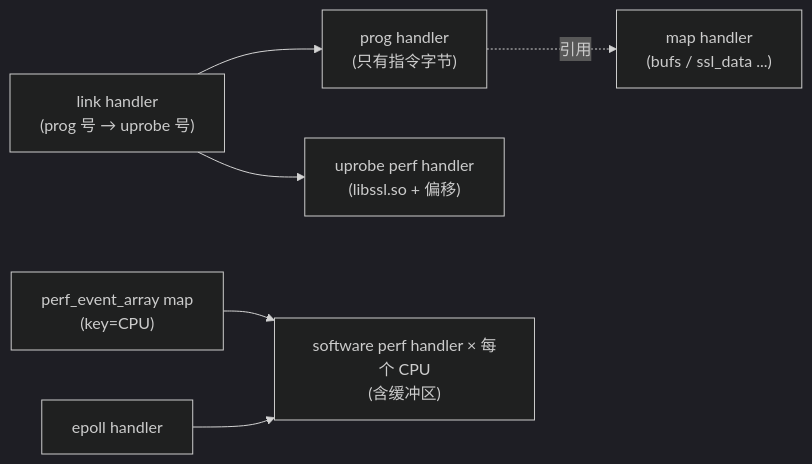
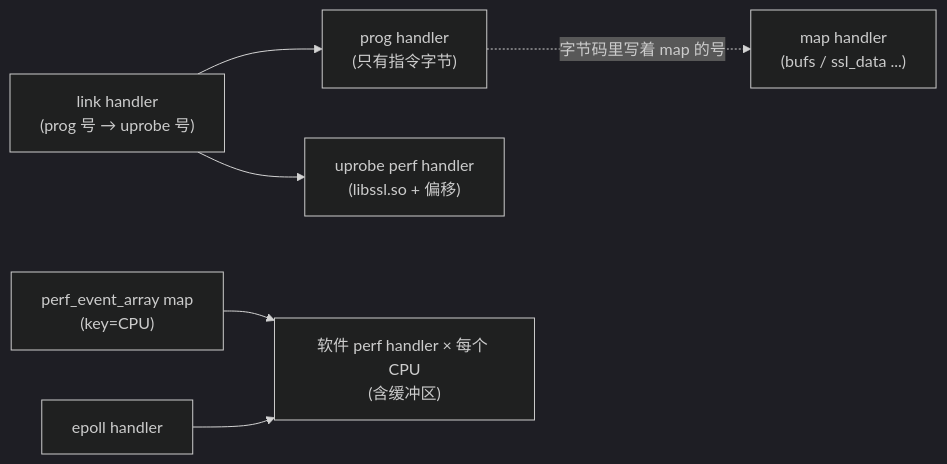
The second of 4 diagrams in 01-lifecycle.md (plsy1/bpftime-benchmark), drawn with Mermaid (dark theme) before and after one commit. The commit also changed other lines of this file and 40 other files, not shown here.

````diff
--- a/01-lifecycle.md
+++ b/01-lifecycle.md
@@ -65,15 +74,15 @@
 ```mermaid
 graph LR
     MAP["map handler<br/>(bufs / ssl_data ...)"]
     PROG["prog handler<br/>(只有指令字节)"]
     UP["uprobe perf handler<br/>(libssl.so + 偏移)"]
     LINK["link handler<br/>(prog 号 → uprobe 号)"]
     PEA["perf_event_array map<br/>(key=CPU)"]
-    SW["software perf handler × 每个 CPU<br/>(含缓冲区)"]
+    SW["软件 perf handler × 每个 CPU<br/>(含缓冲区)"]
     EP["epoll handler"]
-    PROG -.引用.-> MAP
+    PROG -.字节码里写着 map 的号.-> MAP
     LINK --> PROG
     LINK --> UP
     PEA --> SW
     EP --> SW
 ```
````
